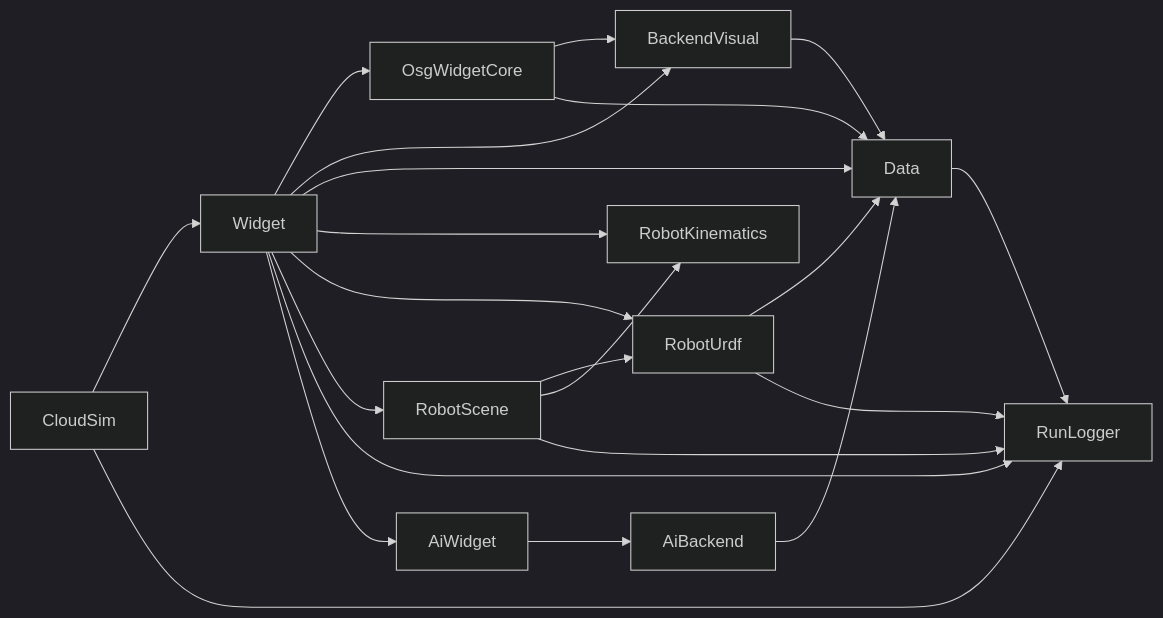
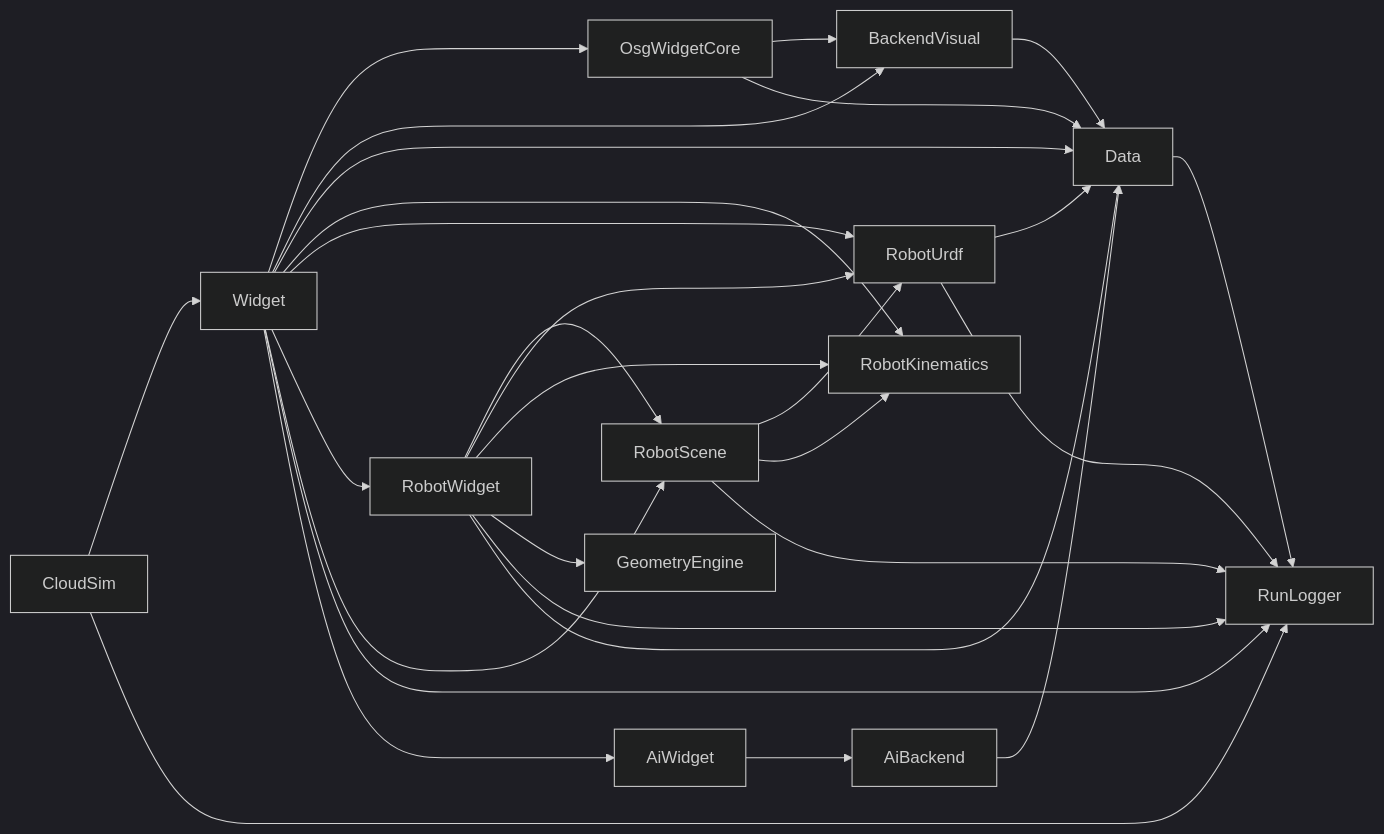
The second of 7 diagrams in ARCHITECTURE_SUMMARY.md (sanmunejdn/CloudSim), drawn with Mermaid (dark theme) before and after one commit. The commit also changed other lines of this file and 65 other files, not shown here.

````diff
--- a/ARCHITECTURE_SUMMARY.md
+++ b/ARCHITECTURE_SUMMARY.md
@@ -271,29 +275,36 @@
 ```mermaid
 flowchart LR
     Widget --> OsgWidgetCore
     Widget --> BackendVisual
     Widget --> Data
     Widget --> RobotKinematics
     Widget --> RobotUrdf
+    Widget --> RobotWidget
+    RobotWidget --> RobotScene
+    RobotWidget --> RobotUrdf
+    RobotWidget --> RobotKinematics
+    RobotWidget --> GeometryEngine
+    RobotWidget --> RunLogger
+    RobotWidget --> Data
     Widget --> RobotScene
     Widget --> RunLogger
     Widget --> AiWidget
     AiWidget --> AiBackend
     AiBackend --> Data
 
     OsgWidgetCore --> BackendVisual
     OsgWidgetCore --> Data
     BackendVisual --> Data
 
     RobotUrdf --> Data
     RobotUrdf --> RunLogger
 
     RobotScene --> RobotUrdf
     RobotScene --> RobotKinematics
     RobotScene --> RunLogger
 
     Data --> RunLogger
 
     CloudSim --> Widget
     CloudSim --> RunLogger
 ```
````
